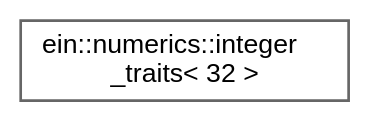
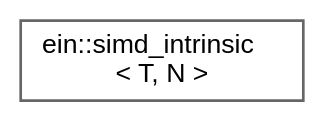
One commit to ekmett/ein changed the diagram in inherit_graph_4.dot. Above: the diagram before and after it, drawn with Graphviz. The commit also changed 218 other files, not shown here.

```diff
--- a/inherit_graph_4.dot
+++ b/inherit_graph_4.dot
@@ -1,9 +1,9 @@
 digraph "Graphical Class Hierarchy"
 {
  // LATEX_PDF_SIZE
   bgcolor="transparent";
   edge [fontname=Helvetica,fontsize=10,labelfontname=Helvetica,labelfontsize=10];
   node [fontname=Helvetica,fontsize=10,shape=box,height=0.2,width=0.4];
   rankdir="LR";
-  Node0 [id="Node000000",label="ein::numerics::integer\l_traits\< 32 \>",height=0.2,width=0.4,color="grey40", fillcolor="white", style="filled",URL="$de/df9/namespaceein_1_1numerics.html#d0/d77/structein_1_1numerics_1_1integer__traits_3_0132_01_4",tooltip=" "];
+  Node0 [id="Node000000",label="ein::simd_intrinsic\l\< T, N \>",height=0.2,width=0.4,color="grey40", fillcolor="white", style="filled",URL="$d7/dc1/namespaceein.html#dc/d5b/structein_1_1simd__intrinsic",tooltip=" "];
 }
```
